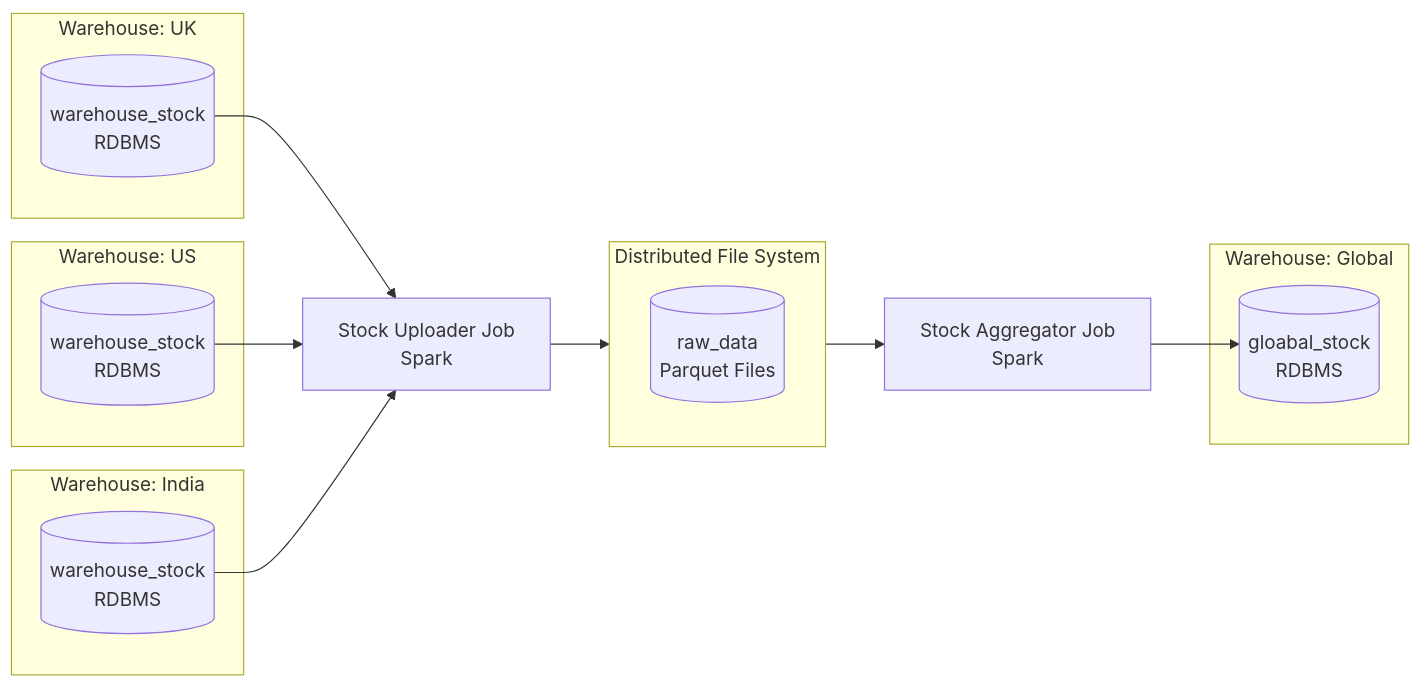
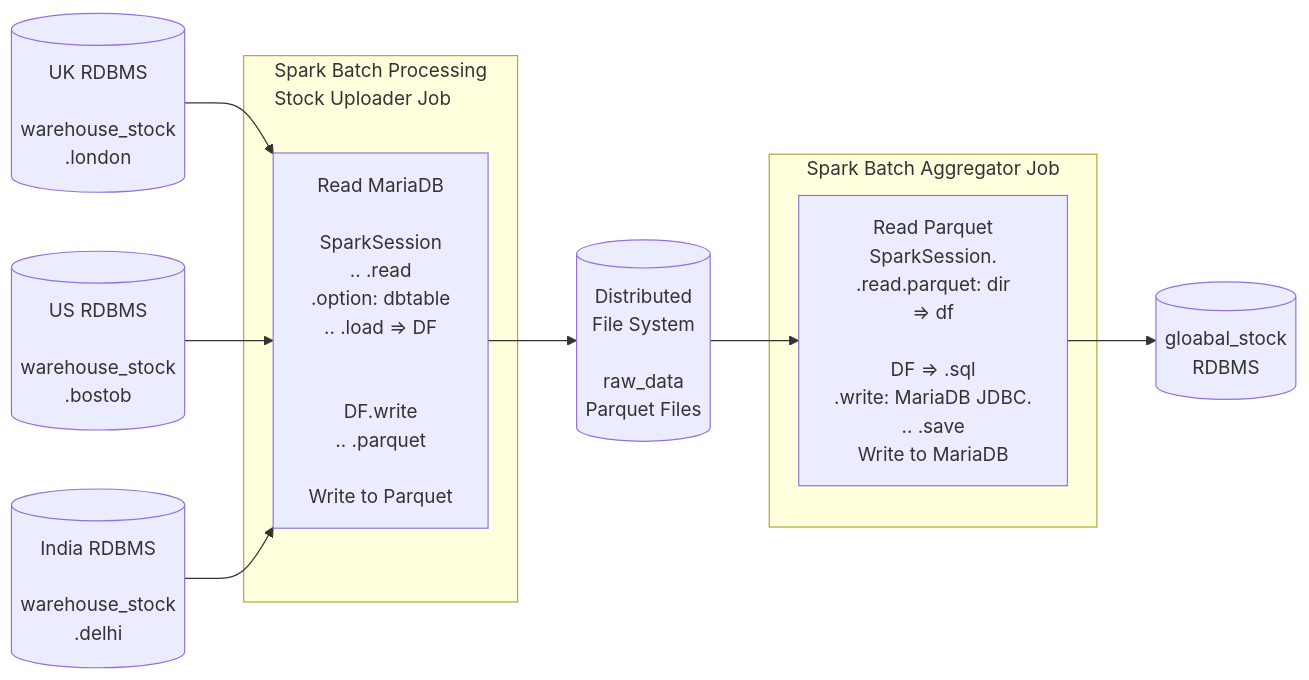
The second of 4 diagrams in docs/2-Data-Engineering/apache-spark.md (iYadavVaibhav/stem), drawn with Mermaid before and after one commit. The commit also changed other lines of this file, not shown here.

Commit message:
spark-updates

````diff
--- a/docs/2-Data-Engineering/apache-spark.md
+++ b/docs/2-Data-Engineering/apache-spark.md
@@ -213,39 +216,51 @@
 ```mermaid
 flowchart LR
 
-subgraph db1[Warehouse: UK]
-  db11[(warehouse_stock \n RDBMS)]
+db1[(UK RDBMS \n\n warehouse_stock\n.london )]
+db2[(US RDBMS \n\n warehouse_stock\n.bostob )]
+db3[(India RDBMS \n\n warehouse_stock\n.delhi )]
+
+subgraph sub1[Spark Batch Processing \n Stock Uploader Job]
+  sp1[Read MariaDB \n
+  SparkSession
+  .. .read
+  .option: dbtable
+  .. .load => DF
+
+
+  DF.write
+  .. .parquet
+  
+  Write to Parquet
+  ]
 end
 
-subgraph db2[Warehouse: US]
-  db21[(warehouse_stock \n RDBMS)]
-end
+db1 --> sp1
+db2 --> sp1
+db3 --> sp1
 
-subgraph db3[Warehouse: India]
-  db31[(warehouse_stock \n RDBMS)]
-end
-
-sp1[Stock Uploader Job \n Spark]
-
-db11 --> sp1
-db21 --> sp1
-db31 --> sp1
-
-
-subgraph dfs1[Distributed File System]
-  dfs11[(raw_data \n Parquet Files)]
-end
+dfs1[(Distributed \n File System \n\n raw_data \n Parquet Files)]
 
 sp1 --> dfs1
 
-sp2[Stock Aggregator Job \n Spark]
+subgraph sub2[Spark Batch Aggregator Job]
+  sp2[
+    Read Parquet
+    SparkSession.
+    .read.parquet: dir
+    => df
+
+    DF => .sql
+    .write: MariaDB JDBC.
+    .. .save
+    Write to MariaDB
+  ]
+end
 
 dfs1 --> sp2
 
-subgraph db4[Warehouse: Global]
-  db41[(gloabal_stock \n RDBMS)]
-end
+db4[(gloabal_stock \n RDBMS)]
 
-sp2 --> db41
+sp2 --> db4
 
 ```
````
